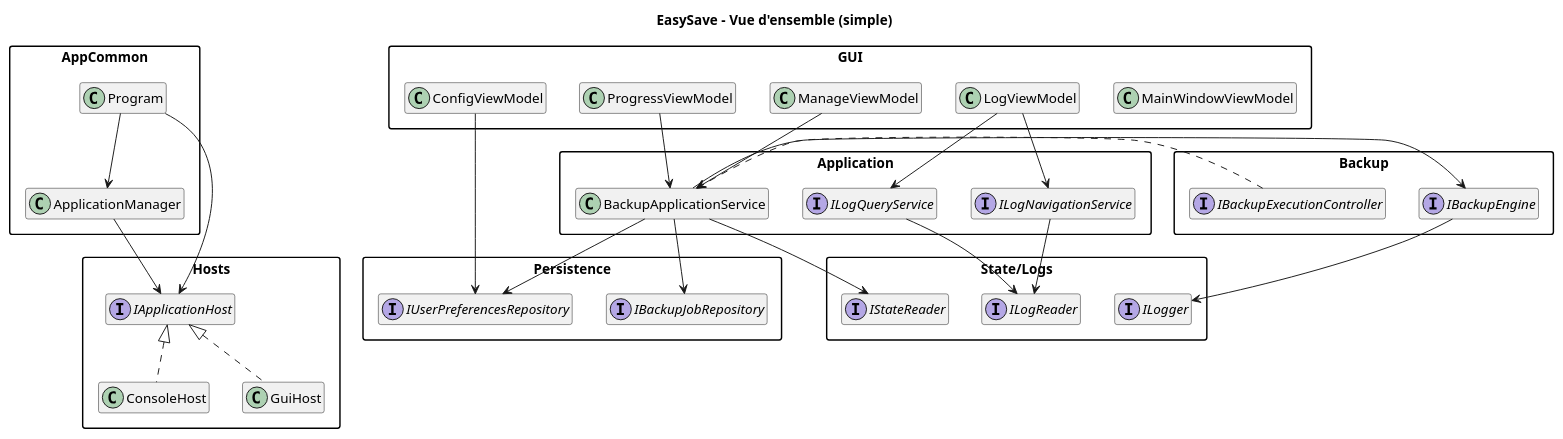
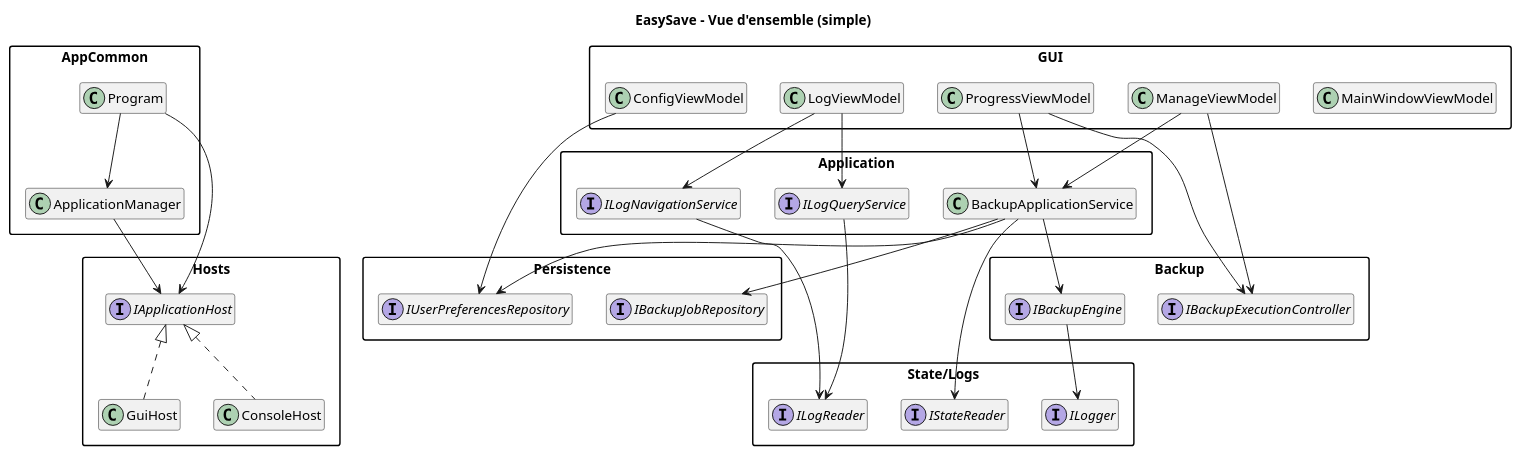
Before and after one commit to ant0rbtll/EasySave: the diagram in docs/classes-overview.puml, drawn with PlantUML. The commit also changed 2 other files, not shown here.

```diff
--- a/docs/classes-overview.puml
+++ b/docs/classes-overview.puml
@@ -1,71 +1,72 @@
 @startuml
 title EasySave - Vue d'ensemble (simple)
 
 skinparam packageStyle rectangle
 skinparam shadowing false
 hide empty members
 
 package "AppCommon" {
   class Program
   class ApplicationManager
 }
 
 package "Hosts" {
   interface IApplicationHost
   class ConsoleHost
   class GuiHost
 }
 
 package "Application" {
   class BackupApplicationService
   interface ILogQueryService
   interface ILogNavigationService
 }
 
 package "Backup" {
   interface IBackupEngine
   interface IBackupExecutionController
 }
 
 package "Persistence" {
   interface IBackupJobRepository
   interface IUserPreferencesRepository
 }
 
 package "State/Logs" {
   interface IStateReader
   interface ILogReader
   interface ILogger
 }
 
 package "GUI" {
   class MainWindowViewModel
   class ManageViewModel
   class ProgressViewModel
   class LogViewModel
   class ConfigViewModel
 }
 
 Program --> ApplicationManager
 Program --> IApplicationHost
 ApplicationManager --> IApplicationHost
 IApplicationHost <|.. ConsoleHost
 IApplicationHost <|.. GuiHost
 
 ManageViewModel --> BackupApplicationService
 ProgressViewModel --> BackupApplicationService
+ManageViewModel --> IBackupExecutionController
+ProgressViewModel --> IBackupExecutionController
 LogViewModel --> ILogQueryService
 LogViewModel --> ILogNavigationService
 ConfigViewModel --> IUserPreferencesRepository
 
 BackupApplicationService --> IBackupJobRepository
 BackupApplicationService --> IUserPreferencesRepository
 BackupApplicationService --> IBackupEngine
 BackupApplicationService --> IStateReader
 ILogQueryService --> ILogReader
 ILogNavigationService --> ILogReader
 
-IBackupExecutionController ..> BackupApplicationService
 IBackupEngine --> ILogger
 
 @enduml
```
